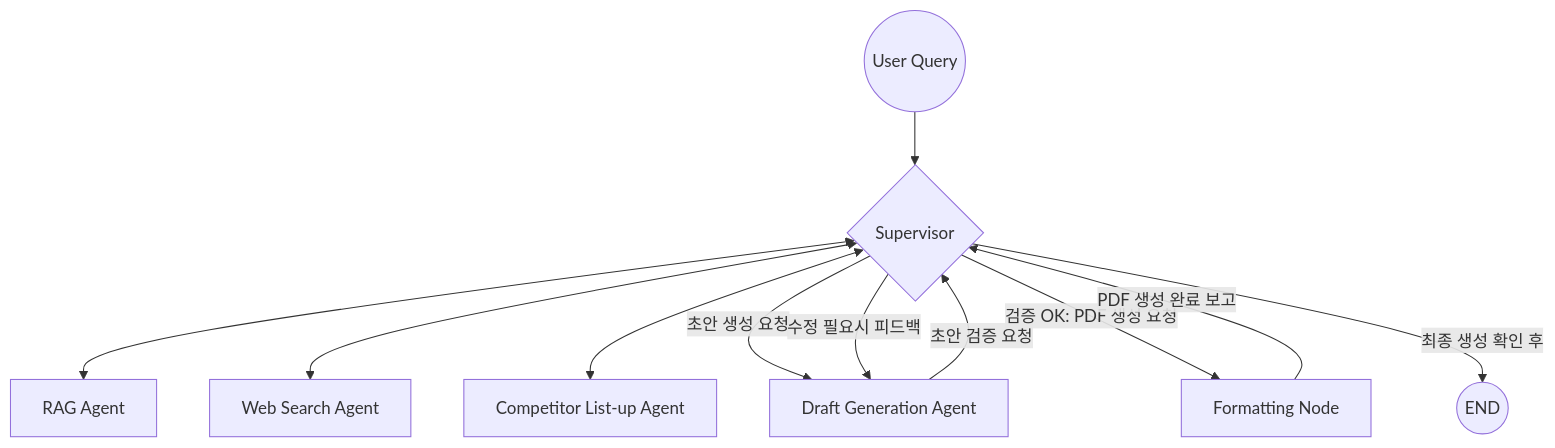
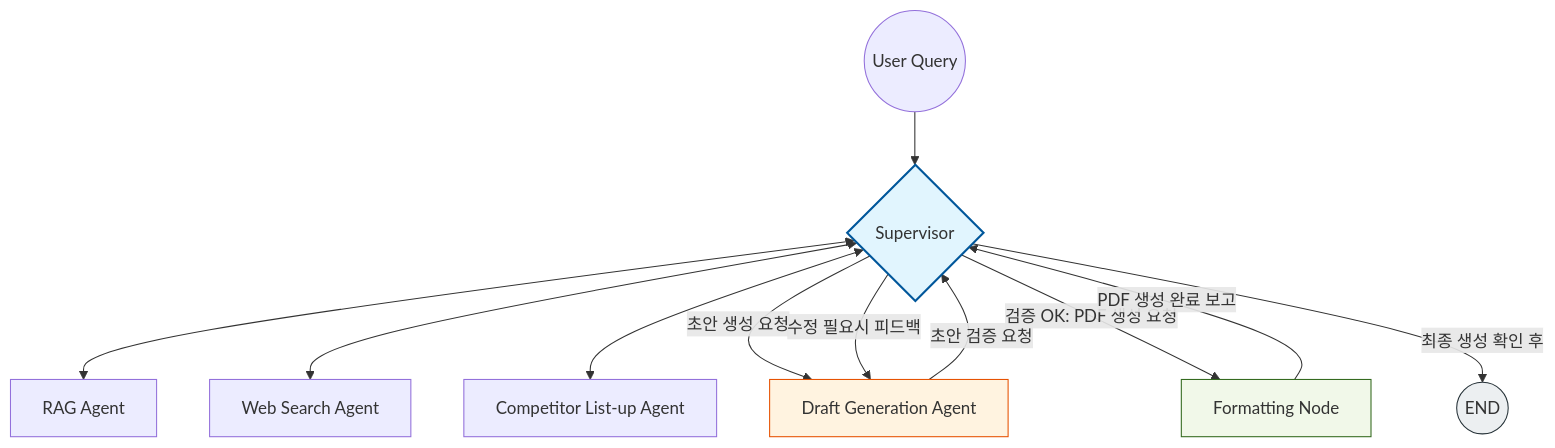
The diagram in README.md (kareawe/ai_mini_project), drawn with Mermaid before and after one commit.

````diff
--- a/README.md
+++ b/README.md
@@ -79,22 +79,28 @@
 ```mermaid
 graph TD
     User((User Query)) --> Supervisor{Supervisor}
 
     %% 1. 데이터 수집 단계
     Supervisor <--> RAG_Agent[RAG Agent]
     Supervisor <--> Web_Search_Agent[Web Search Agent]
     
     %% 2. 리스트업 단계 (수집 데이터를 기반으로 다시 Supervisor가 명령)
     Supervisor <--> Competitor_Agent[Competitor List-up Agent]
 
     %% 3. 초안 작성 및 검증 루프
     Supervisor -- "초안 생성 요청" --> Draft_Agent[Draft Generation Agent]
     Draft_Agent -- "초안 검증 요청" --> Supervisor
     Supervisor -- "수정 필요시 피드백" --> Draft_Agent
     
     %% 4. 포맷팅 및 종료
     Supervisor -- "검증 OK: PDF 생성 요청" --> Formatting_Node[Formatting Node]
     Formatting_Node -- "PDF 생성 완료 보고" --> Supervisor
     
     Supervisor -- "최종 생성 확인 후" --> END((END))
+
+    %% 스타일링
+    style Supervisor fill:#e1f5fe,stroke:#01579b,stroke-width:2px
+    style Draft_Agent fill:#fff3e0,stroke:#e65100
+    style Formatting_Node fill:#f1f8e9,stroke:#33691e
+    style END fill:#eceff1,stroke:#263238
 ```
````
